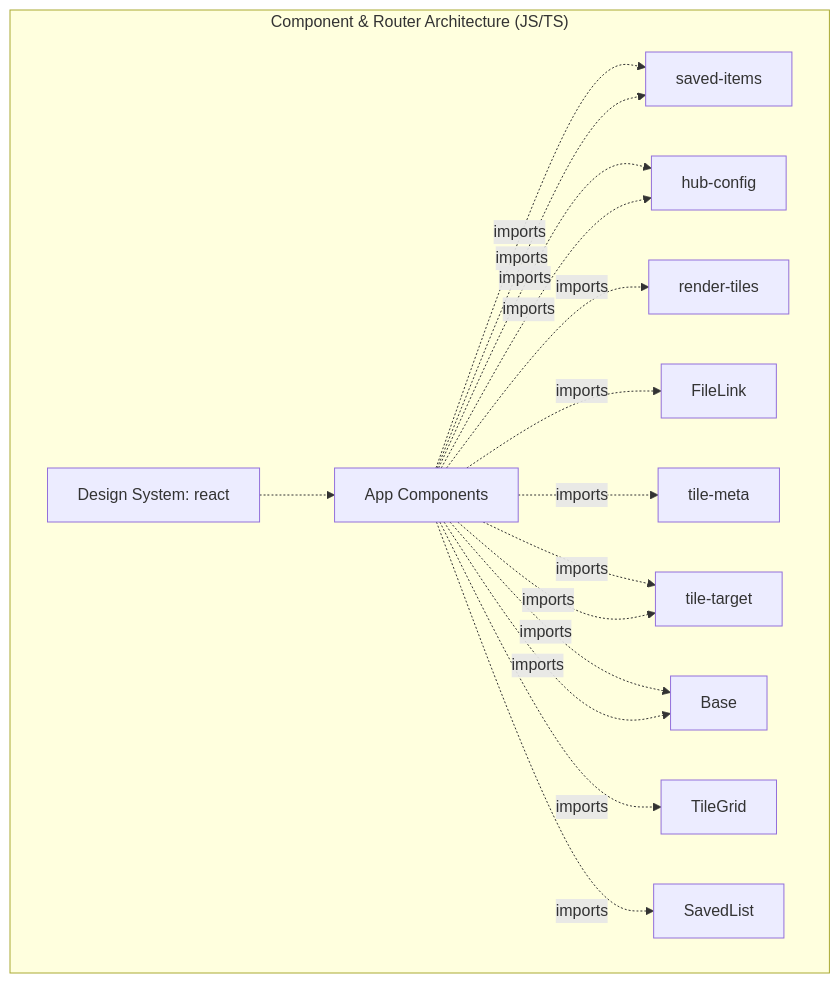
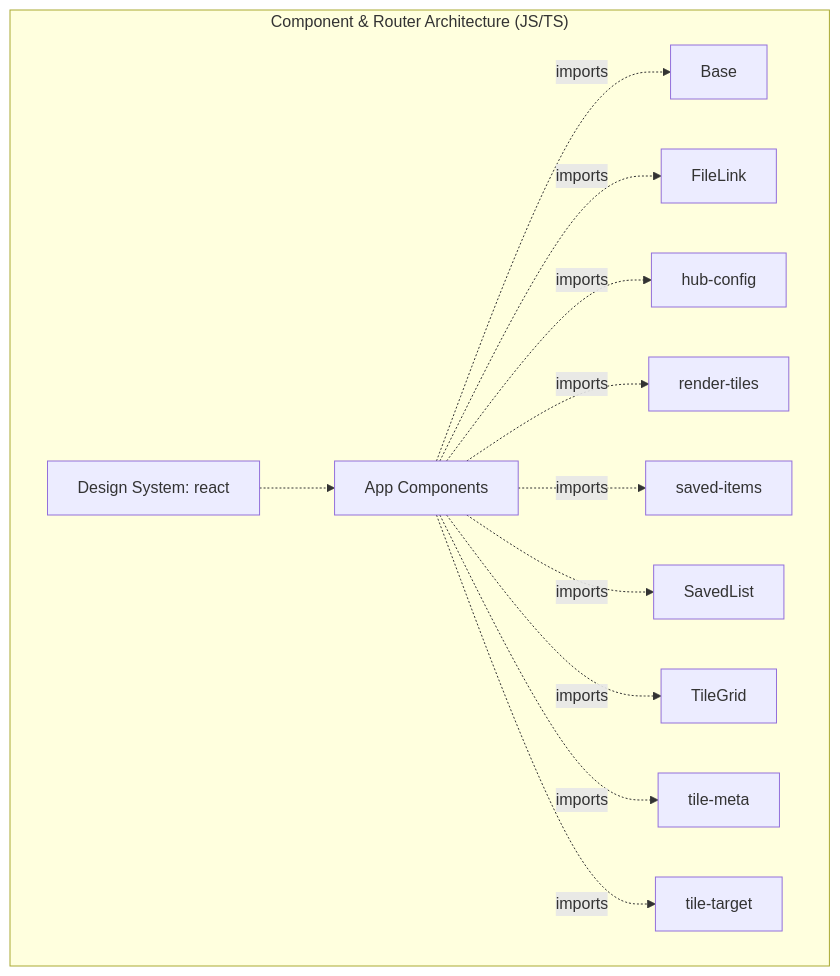
Before and after one commit to gokulsaraswat/gokulmobilize: the diagram in .project-architecture.md, drawn with Mermaid. The commit also changed 1 other file, not shown here.

Commit message:
perf(hooks): stop sync-architecture.sh spawning processes per import line
The pre-commit hook ran a shell loop over every import line (about 7
processes each) and its edge() writes bypassed the sort/head, so the
MAX_EDGES cap never applied. The import scan is now one
sed | sort -u | head | awk pass (capped at MAX_EDGES), the Python detection
prunes node_modules and dot-dirs, and the Python route grep excludes
node_modules and .git. Same output format; commits no longer take minutes.

````diff
--- a/.project-architecture.md
+++ b/.project-architecture.md
@@ -5,20 +5,16 @@
 ```mermaid
 graph TD
     subgraph FrontendLayer["Component & Router Architecture (JS/TS)"]
     App_Components["App Components"]
     UI_Stack["Design System: react"] -.-> App_Components
-    App_Components -.->|imports| saved_items["saved-items"]
+    App_Components -.->|imports| Base["Base"]
+    App_Components -.->|imports| FileLink["FileLink"]
     App_Components -.->|imports| hub_config["hub-config"]
     App_Components -.->|imports| render_tiles["render-tiles"]
-    App_Components -.->|imports| FileLink["FileLink"]
-    App_Components -.->|imports| hub_config["hub-config"]
+    App_Components -.->|imports| saved_items["saved-items"]
+    App_Components -.->|imports| SavedList["SavedList"]
+    App_Components -.->|imports| TileGrid["TileGrid"]
     App_Components -.->|imports| tile_meta["tile-meta"]
     App_Components -.->|imports| tile_target["tile-target"]
-    App_Components -.->|imports| saved_items["saved-items"]
-    App_Components -.->|imports| tile_target["tile-target"]
-    App_Components -.->|imports| Base["Base"]
-    App_Components -.->|imports| TileGrid["TileGrid"]
-    App_Components -.->|imports| SavedList["SavedList"]
-    App_Components -.->|imports| Base["Base"]
     end
 ```
````
